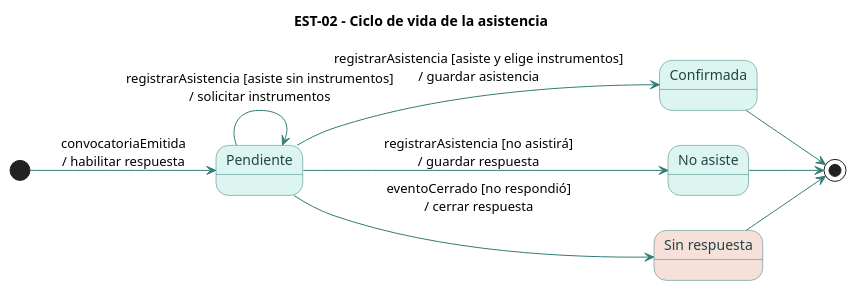
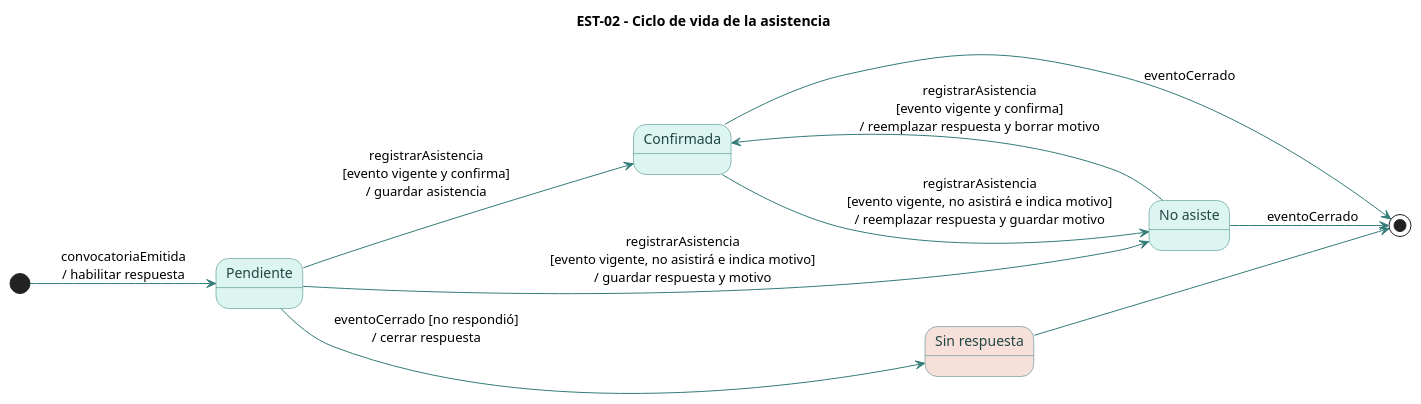
The diagram in diagramas/est-02.puml (Ayiness/KarismaSync), drawn with PlantUML before and after one commit. The commit also changed 13 other files, not shown here.

Commit message:
HU-03: artefactos actualizados (motivo, cambio de respuesta, estado de asistencia, CU-05, CU-06, DSS-05, DSS-06, RF-14)

```diff
--- a/diagramas/est-02.puml
+++ b/diagramas/est-02.puml
@@ -1,31 +1,32 @@
 @startuml
 ' EST-02: respuesta de asistencia de un integrante (KarismaSync)
 title EST-02 - Ciclo de vida de la asistencia
 left to right direction
 skinparam backgroundColor white
 skinparam shadowing false
 skinparam defaultFontName Arial
 skinparam defaultFontSize 13
 skinparam ArrowColor #317C77
 skinparam state {
   BackgroundColor #DDF5F1
   BorderColor #317C77
   FontColor #214744
   FontSize 14
   RoundCorner 14
 }
 
 state "Pendiente" as Pendiente
 state "Confirmada" as Confirmada
 state "No asiste" as NoAsiste
 state "Sin respuesta" as SinRespuesta #F7DFDA
 
 [*] --> Pendiente : convocatoriaEmitida\n/ habilitar respuesta
-Pendiente --> Confirmada : registrarAsistencia [asiste y elige instrumentos]\n/ guardar asistencia
-Pendiente --> NoAsiste : registrarAsistencia [no asistirá]\n/ guardar respuesta
-Pendiente --> Pendiente : registrarAsistencia [asiste sin instrumentos]\n/ solicitar instrumentos
+Pendiente --> Confirmada : registrarAsistencia\n[evento vigente y confirma]\n/ guardar asistencia
+Pendiente --> NoAsiste : registrarAsistencia\n[evento vigente, no asistirá e indica motivo]\n/ guardar respuesta y motivo
+Confirmada --> NoAsiste : registrarAsistencia\n[evento vigente, no asistirá e indica motivo]\n/ reemplazar respuesta y guardar motivo
+NoAsiste --> Confirmada : registrarAsistencia\n[evento vigente y confirma]\n/ reemplazar respuesta y borrar motivo
 Pendiente --> SinRespuesta : eventoCerrado [no respondió]\n/ cerrar respuesta
-Confirmada --> [*]
-NoAsiste --> [*]
+Confirmada --> [*] : eventoCerrado
+NoAsiste --> [*] : eventoCerrado
 SinRespuesta --> [*]
 @enduml
```
